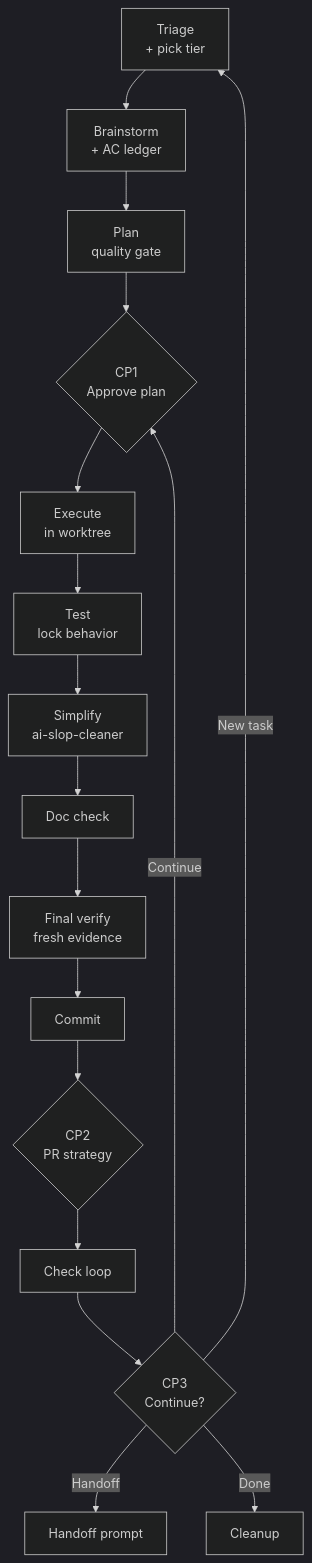
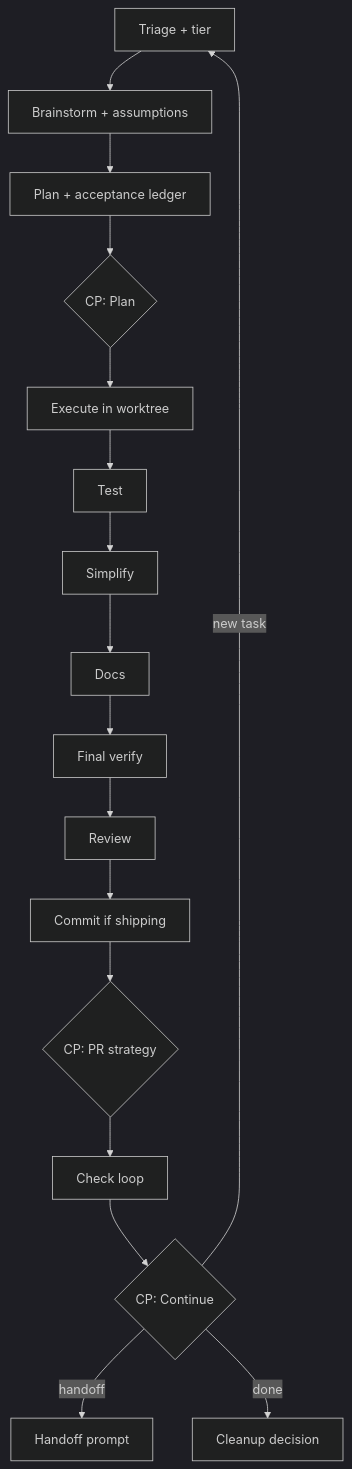
Before and after one commit to ANaka/work-cycle: the diagram in README.md, drawn with Mermaid (dark theme). The commit also changed other lines of this file and 20 other files, not shown here.

````diff
--- a/README.md
+++ b/README.md
@@ -38,19 +130,19 @@
 ```mermaid
 graph TD
-    A[Triage<br/>+ pick tier] --> B[Brainstorm<br/>+ AC ledger]
-    B --> C[Plan<br/>quality gate]
-    C --> D{CP1<br/>Approve plan}
-    D --> E[Execute<br/>in worktree]
-    E --> F[Test<br/>lock behavior]
-    F --> G[Simplify<br/>ai-slop-cleaner]
-    G --> H[Doc check]
-    H --> I[Final verify<br/>fresh evidence]
-    I --> J[Commit]
-    J --> K{CP2<br/>PR strategy}
-    K --> L[Check loop]
-    L --> M{CP3<br/>Continue?}
-    M -->|New task| A
-    M -->|Continue| D
-    M -->|Handoff| N[Handoff prompt]
-    M -->|Done| O[Cleanup]
+    A[Triage + tier] --> B[Brainstorm + assumptions]
+    B --> C[Plan + acceptance ledger]
+    C --> D{CP: Plan}
+    D --> E[Execute in worktree]
+    E --> F[Test]
+    F --> G[Simplify]
+    G --> H[Docs]
+    H --> I[Final verify]
+    I --> J[Review]
+    J --> K[Commit if shipping]
+    K --> L{CP: PR strategy}
+    L --> M[Check loop]
+    M --> N{CP: Continue}
+    N -->|new task| A
+    N -->|handoff| O[Handoff prompt]
+    N -->|done| P[Cleanup decision]
 ```
````
